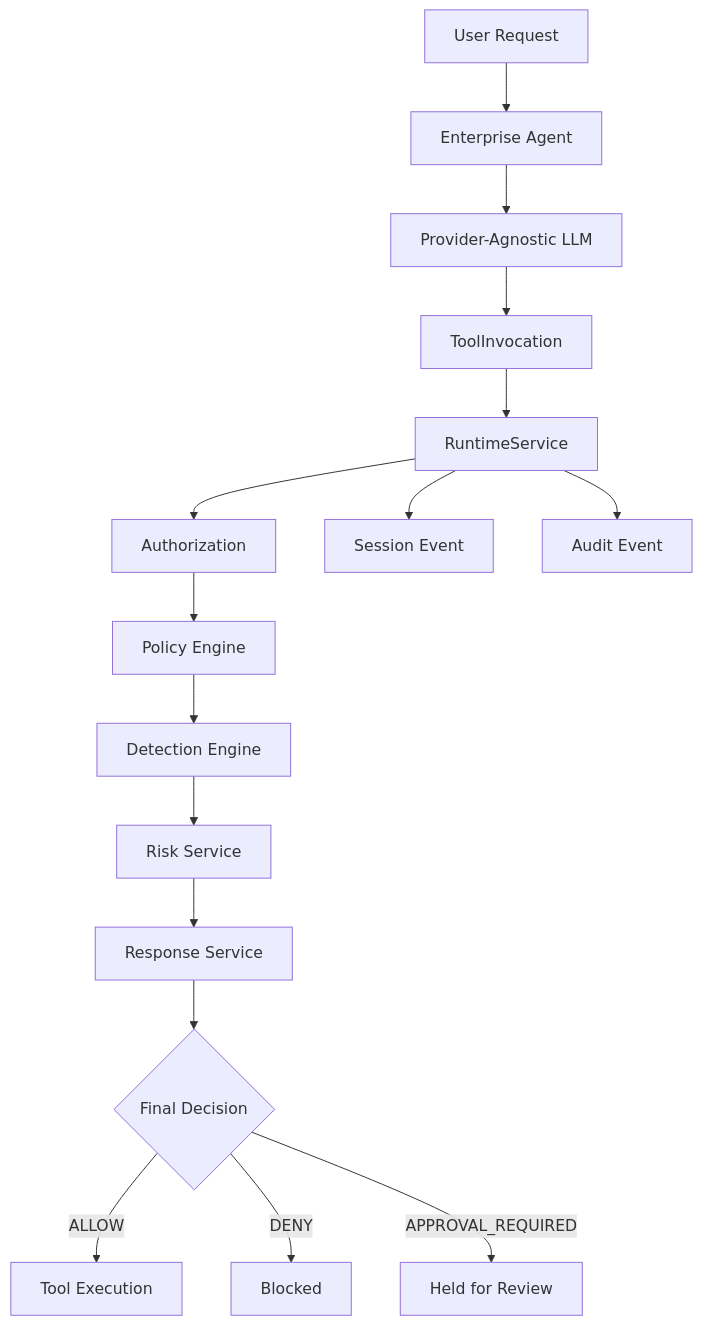
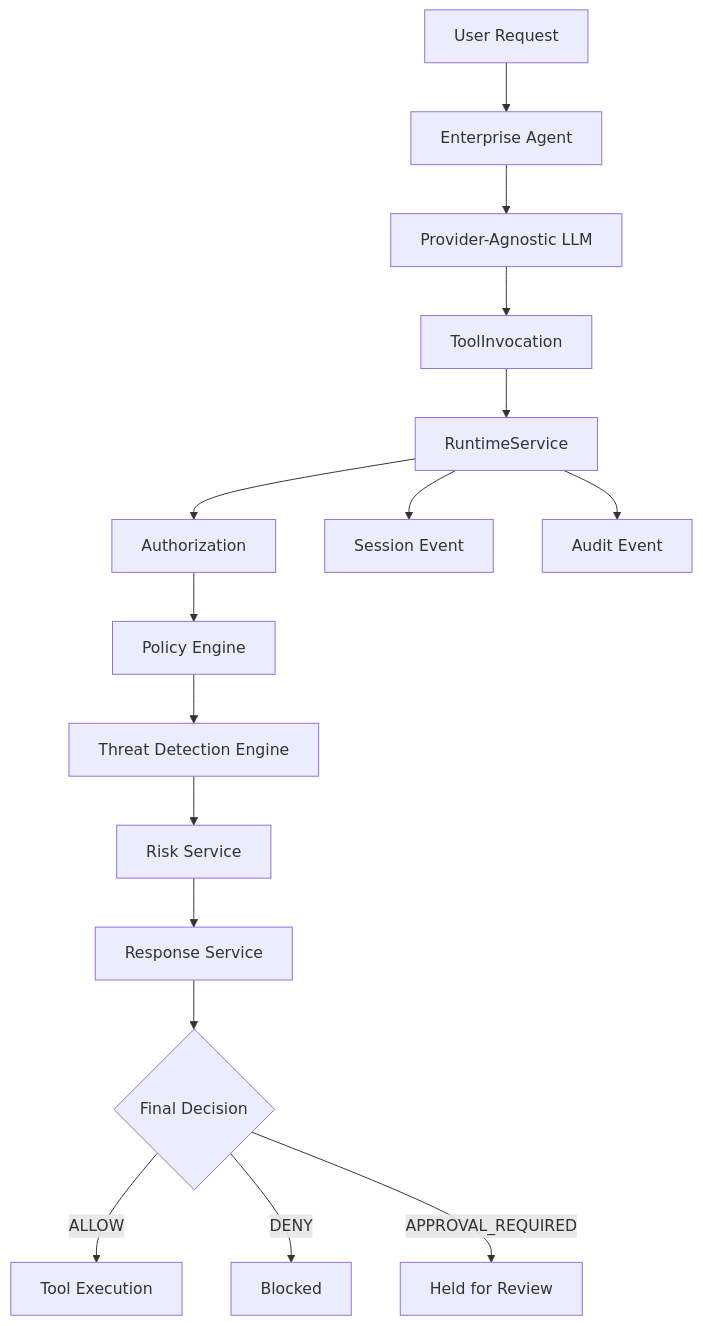
One commit to mathurshubh/enterprise-agent-security-platform changed the diagram in README.md. Above: the diagram before and after it, drawn with Mermaid. The commit also changed other lines of this file and 4 other files, not shown here.

First line of the commit message:
docs: refine enterprise architecture and security documentation (#60)

````diff
--- a/README.md
+++ b/README.md
@@ -18,18 +39,18 @@
 ```mermaid
 flowchart TD
     A["User Request"] --> B["Enterprise Agent"]
     B --> C["Provider-Agnostic LLM"]
     C --> D["ToolInvocation"]
     D --> E["RuntimeService"]
     E --> F["Authorization"]
     F --> G["Policy Engine"]
-    G --> H["Detection Engine"]
+    G --> H["Threat Detection Engine"]
     H --> I["Risk Service"]
     I --> J["Response Service"]
     J --> K{"Final Decision"}
     K -->|ALLOW| L["Tool Execution"]
     K -->|DENY| M["Blocked"]
     K -->|APPROVAL_REQUIRED| N["Held for Review"]
     E --> O["Session Event"]
     E --> P["Audit Event"]
 ```
````
